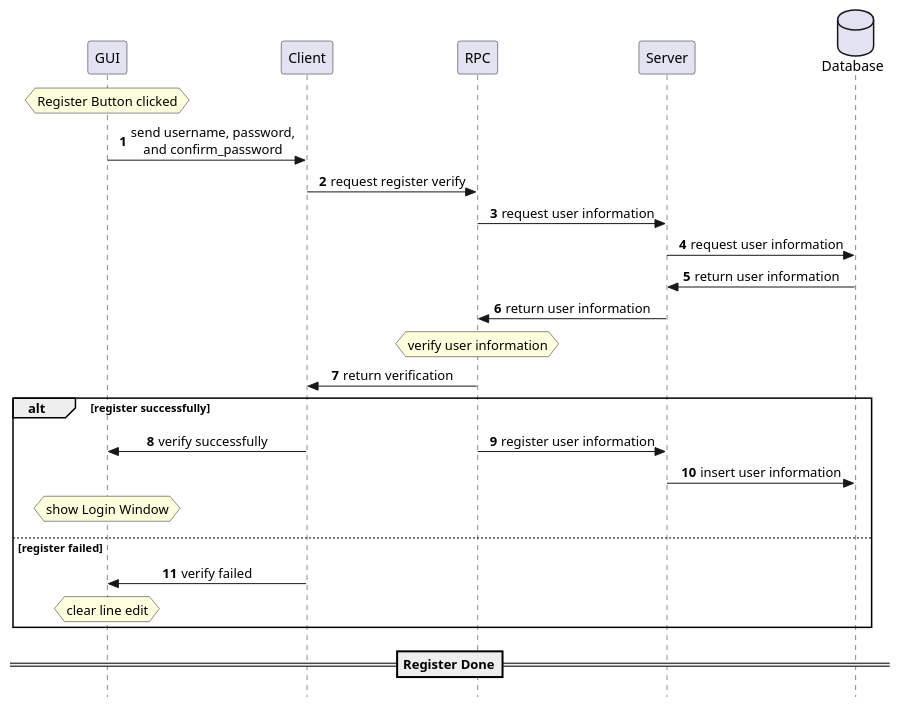
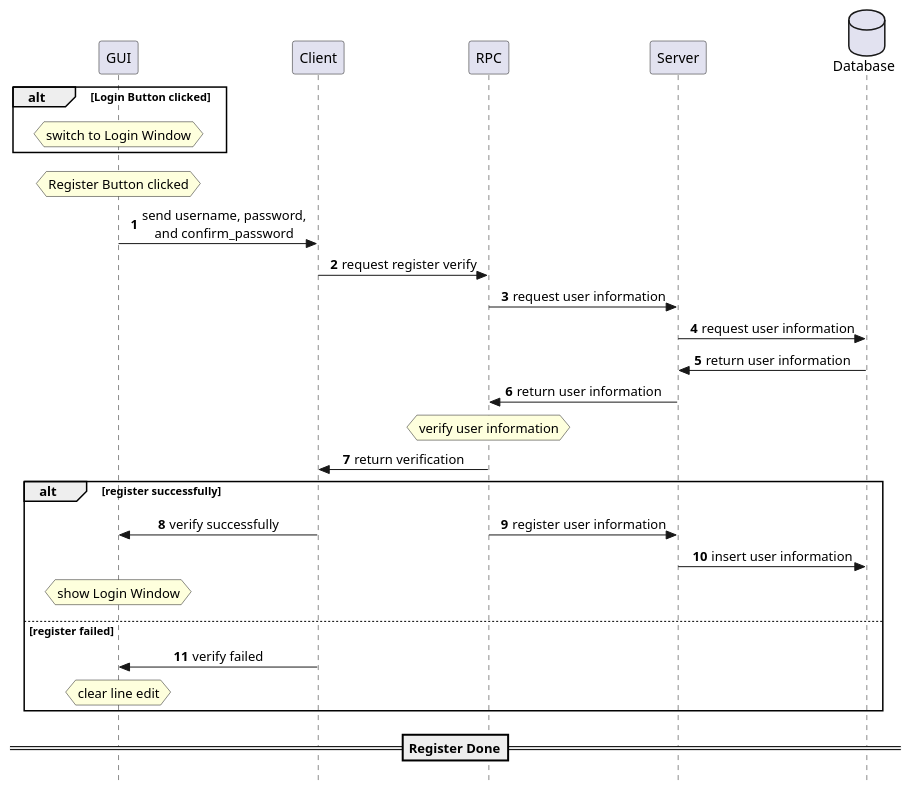
The diagram in Docs/Flow Chart/register.puml (jack41402/Networking-Final), drawn with PlantUML before and after one commit. The commit also changed 13 other files, not shown here.

```diff
--- a/Docs/Flow Chart/register.puml
+++ b/Docs/Flow Chart/register.puml
@@ -1,36 +1,39 @@
 @startuml
 'https://plantuml.com/sequence-diagram
 skinparam sequenceMessageAlign center
 skinparam responseMessageBelowArrow false
 skinparam style strictuml
 hide unlinked
 !pragma teoz true
 autonumber
 
 database "Database" as sql order 4
 participant "Server" as server order 3
 participant "RPC" as rpc order 2
 participant "Client" as client order 1
 participant "GUI" as gui order 0
 
+alt Login Button clicked
+    hnote over gui: switch to Login Window
+end
 hnote over gui: Register Button clicked
 gui -> client: send username, password,\nand confirm_password
 client -> rpc: request register verify
 rpc -> server: request user information
 server -> sql: request user information
 server <- sql: return user information
 rpc <- server: return user information
 hnote over rpc: verify user information
 client <- rpc: return verification
 alt register successfully
     gui <- client: verify successfully
     &rpc -> server: register user information
     server -> sql: insert user information
     hnote over gui: show Login Window
 else register failed
     gui <- client: verify failed
     hnote over gui: clear line edit
 end
 ==Register Done==
 
 @enduml
```
